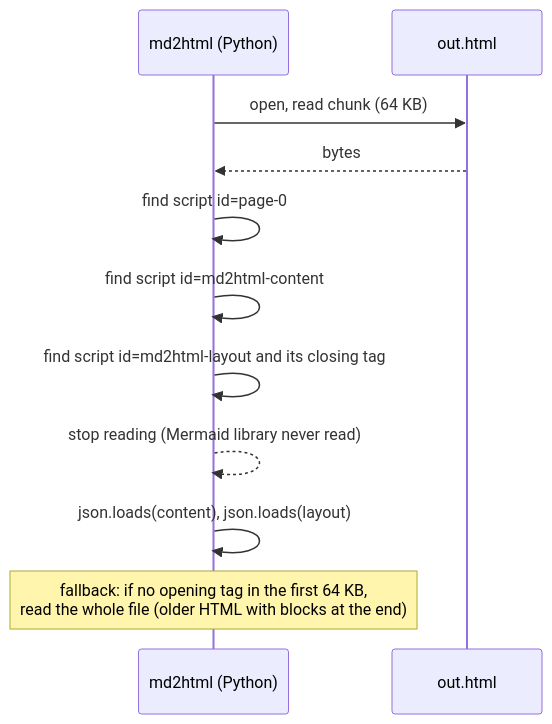
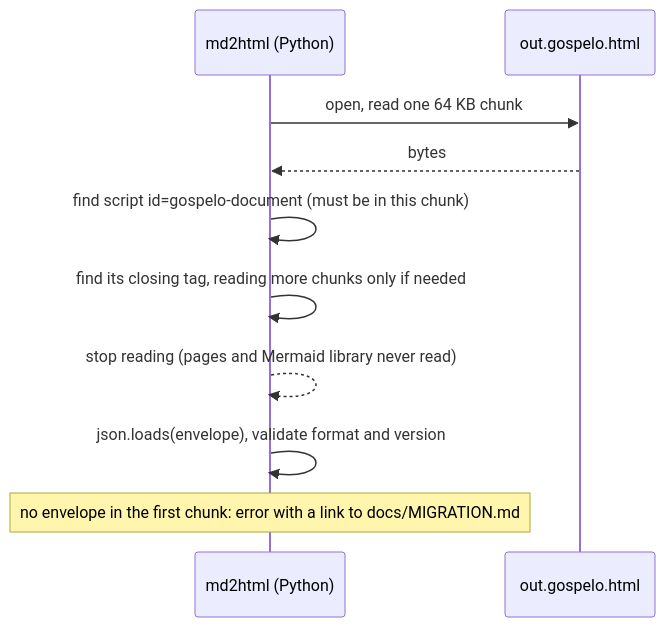
One commit to gospelo-dev/md2html changed the fourth of 5 diagrams in docs/ARCHITECTURE.md. Above: the diagram before and after it, drawn with Mermaid. The commit also changed other lines of this file and 21 other files, not shown here.

````diff
--- a/docs/ARCHITECTURE.md
+++ b/docs/ARCHITECTURE.md
@@ -136,14 +135,13 @@
 ```mermaid
 sequenceDiagram
     participant T as md2html (Python)
-    participant F as out.html
+    participant F as out.gospelo.html
 
-    T->>F: open, read chunk (64 KB)
+    T->>F: open, read one 64 KB chunk
     F-->>T: bytes
-    T->>T: find script id=page-0
-    T->>T: find script id=md2html-content
-    T->>T: find script id=md2html-layout and its closing tag
-    T-->>T: stop reading (Mermaid library never read)
-    T->>T: json.loads(content), json.loads(layout)
-    Note over T: fallback: if no opening tag in the first 64 KB,<br/>read the whole file (older HTML with blocks at the end)
+    T->>T: find script id=gospelo-document (must be in this chunk)
+    T->>T: find its closing tag, reading more chunks only if needed
+    T-->>T: stop reading (pages and Mermaid library never read)
+    T->>T: json.loads(envelope), validate format and version
+    Note over T: no envelope in the first chunk: error with a link to docs/MIGRATION.md
 ```
````
